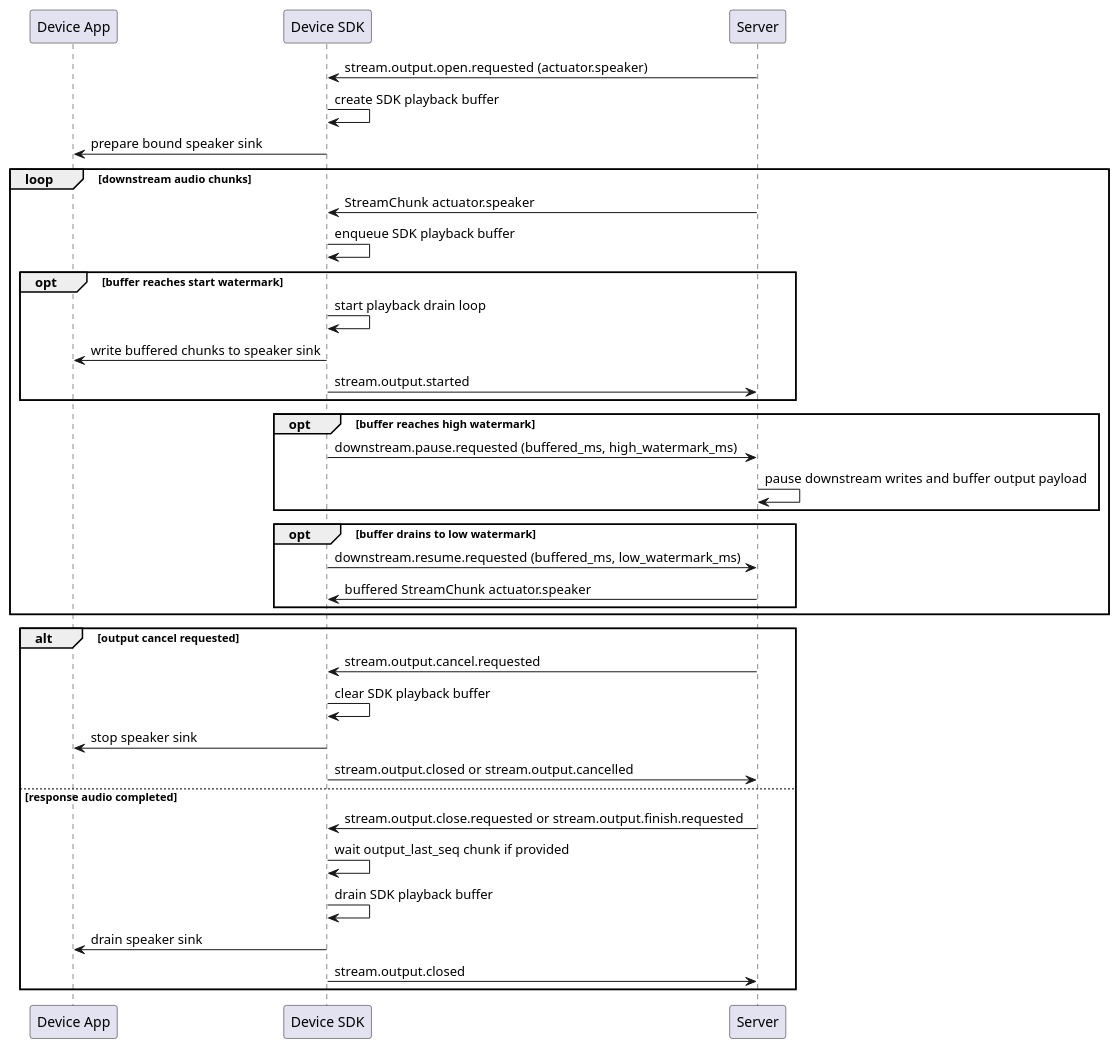
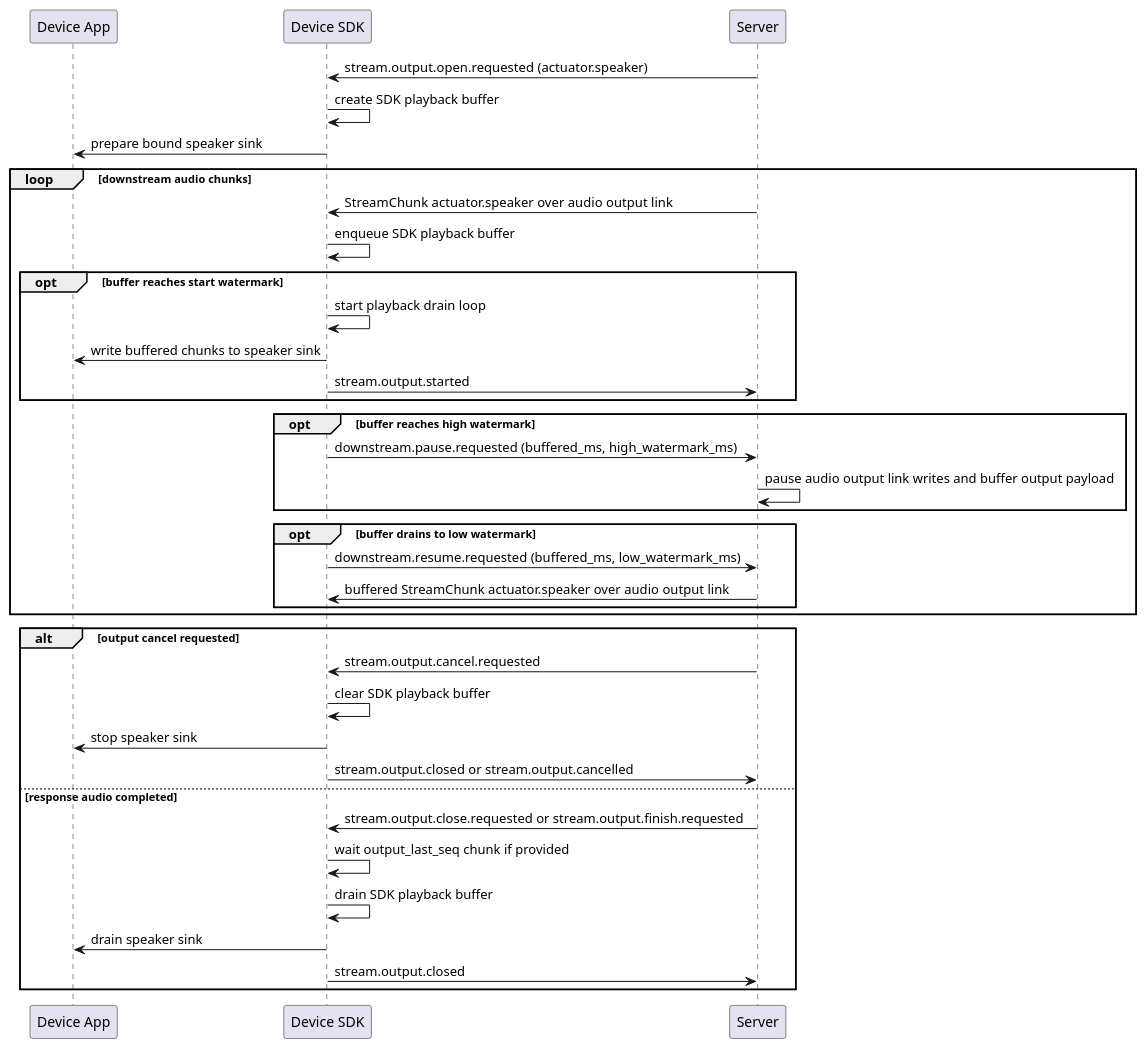
The fourth of 6 diagrams in docs/reference/device-sdk-event-blueprint.md (HengeLiu/RealtimeAgent), drawn with PlantUML before and after one commit. The commit also changed other lines of this file and 4 other files, not shown here.

````diff
--- a/docs/reference/device-sdk-event-blueprint.md
+++ b/docs/reference/device-sdk-event-blueprint.md
@@ -270,40 +281,40 @@
 ```plantuml
 @startuml
 participant "Device App" as App
 participant "Device SDK" as SDK
 participant Server
 
 Server -> SDK: stream.output.open.requested (actuator.speaker)
 SDK -> SDK: create SDK playback buffer
 SDK -> App: prepare bound speaker sink
 loop downstream audio chunks
-  Server -> SDK: StreamChunk actuator.speaker
+  Server -> SDK: StreamChunk actuator.speaker over audio output link
   SDK -> SDK: enqueue SDK playback buffer
   opt buffer reaches start watermark
     SDK -> SDK: start playback drain loop
     SDK -> App: write buffered chunks to speaker sink
     SDK -> Server: stream.output.started
   end
   opt buffer reaches high watermark
     SDK -> Server: downstream.pause.requested (buffered_ms, high_watermark_ms)
-    Server -> Server: pause downstream writes and buffer output payload
+    Server -> Server: pause audio output link writes and buffer output payload
   end
   opt buffer drains to low watermark
     SDK -> Server: downstream.resume.requested (buffered_ms, low_watermark_ms)
-    Server -> SDK: buffered StreamChunk actuator.speaker
+    Server -> SDK: buffered StreamChunk actuator.speaker over audio output link
   end
 end
 alt output cancel requested
   Server -> SDK: stream.output.cancel.requested
   SDK -> SDK: clear SDK playback buffer
   SDK -> App: stop speaker sink
   SDK -> Server: stream.output.closed or stream.output.cancelled
 else response audio completed
   Server -> SDK: stream.output.close.requested or stream.output.finish.requested
   SDK -> SDK: wait output_last_seq chunk if provided
   SDK -> SDK: drain SDK playback buffer
   SDK -> App: drain speaker sink
   SDK -> Server: stream.output.closed
 end
 @enduml
 ```
````
